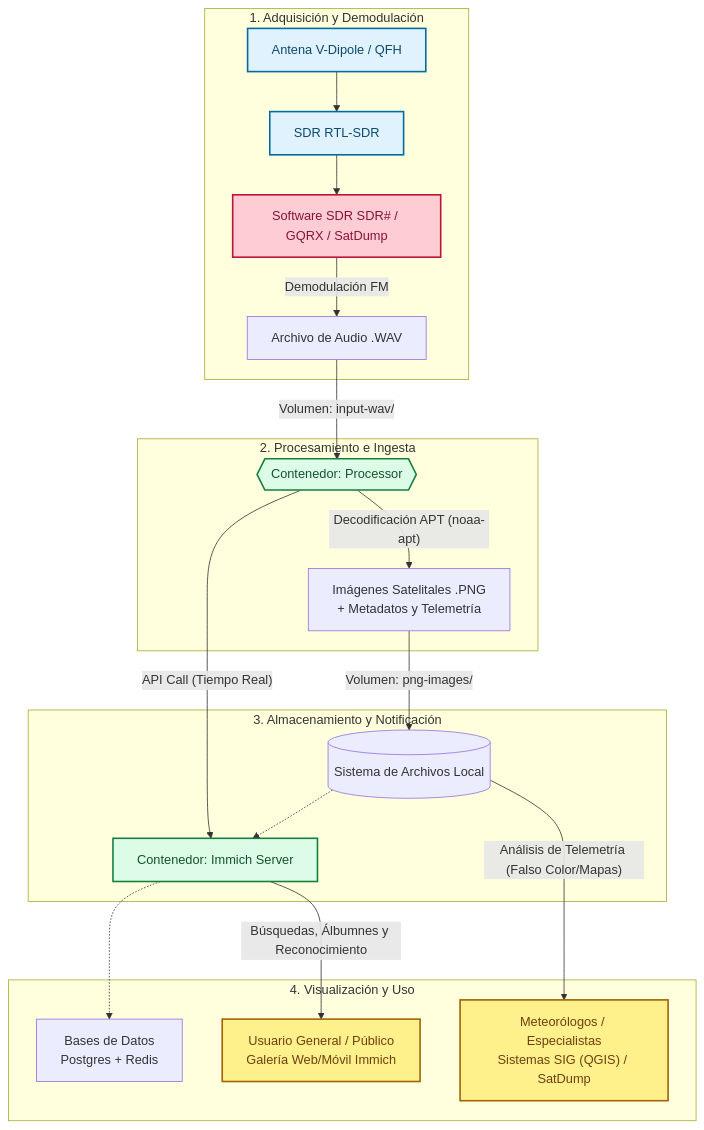
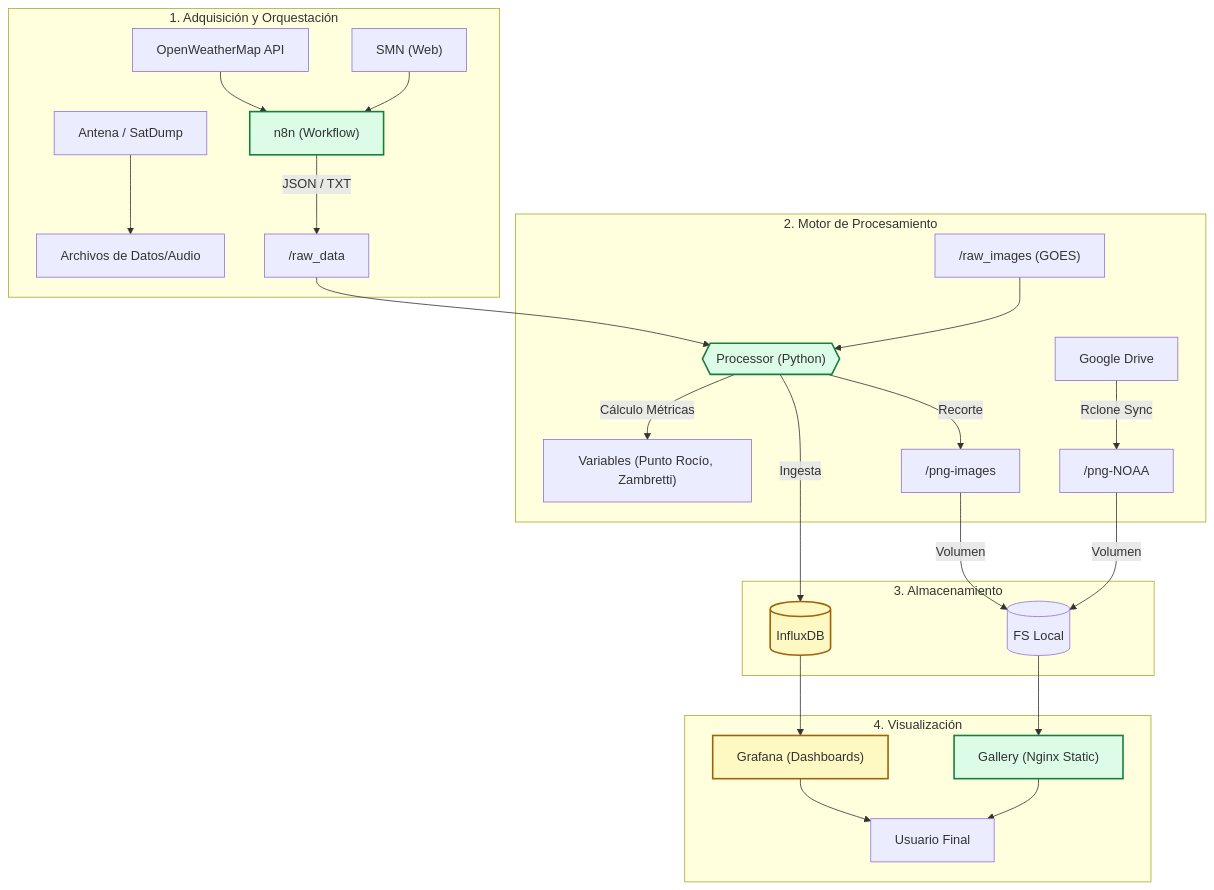
One commit to Valenchu92/PPS_Server changed the diagram in README.md. Above: the diagram before and after it, drawn with Mermaid. The commit also changed other lines of this file and 3 other files, not shown here.

````diff
--- a/README.md
+++ b/README.md
@@ -12,41 +9,42 @@
 ```mermaid
 graph TD
     %% Bloque 1: Adquisición
-    subgraph Adquisición ["1. Adquisición y Demodulación"]
-        A["Antena V-Dipole / QFH"] --> B["SDR RTL-SDR"]
-        B --> C["Software SDR SDR# / GQRX / SatDump"]
-        C --"Demodulación FM"--> D["Archivo de Audio .WAV"]
+    subgraph Adquisicion ["1. Adquisición y Orquestación"]
+        A1["Antena / SatDump"] --> D1["Archivos de Datos/Audio"]
+        A2["OpenWeatherMap API"] --> N8N["n8n (Workflow)"]
+        A3["SMN (Web)"] --> N8N
+        N8N --"JSON / TXT"--> RAW_DATA["/raw_data"]
     end
 
     %% Bloque 2: Procesamiento
-    subgraph Procesamiento ["2. Procesamiento e Ingesta"]
-        D --"Volumen: input-wav/"--> E{{"Contenedor: Processor"}}
-        E --"Decodificación APT (noaa-apt)"--> F["Imágenes Satelitales .PNG<br>+ Metadatos y Telemetría"]
+    subgraph Procesamiento ["2. Motor de Procesamiento"]
+        RAW_DATA --> PROC{{"Processor (Python)"}}
+        RAW_IMG["/raw_images (GOES)"] --> PROC
+        PROC --"Cálculo Métricas"--> METRICS["Variables (Punto Rocío, Zambretti)"]
+        PROC --"Recorte"--> GOES_PNG["/png-images"]
+        DRIVE["Google Drive"] --"Rclone Sync"--> NOAA_PNG["/png-NOAA"]
     end
 
     %% Bloque 3: Almacenamiento
-    subgraph Almacenamiento ["3. Almacenamiento y Notificación"]
-        F --"Volumen: png-images/"--> G[("Sistema de Archivos Local")]
-        E --"API Call (Tiempo Real)"--> H["Contenedor: Immich Server"]
+    subgraph Almacenamiento ["3. Almacenamiento"]
+        PROC --"Ingesta"--> INFLUX[("InfluxDB")]
+        GOES_PNG --"Volumen"--> FS[("FS Local")]
+        NOAA_PNG --"Volumen"--> FS
     end
 
     %% Bloque 4: Visualización
-    subgraph Visualizacion ["4. Visualización y Uso"]
-        G -.-> H
-        H -.-> I["Bases de Datos<br>Postgres + Redis"]
-        H --"Búsquedas, Álbumnes y Reconocimiento"--> J["Usuario General / Público<br>Galería Web/Móvil Immich"]
-        
-        G --"Análisis de Telemetría (Falso Color/Mapas)"--> K["Meteorólogos / Especialistas<br>Sistemas SIG (QGIS) / SatDump"]
+    subgraph Visualizacion ["4. Visualización"]
+        INFLUX --> GRAFANA["Grafana (Dashboards)"]
+        FS --> GALLERY["Gallery (Nginx Static)"]
+        GRAFANA --> USER["Usuario Final"]
+        GALLERY --> USER
     end
 
-    %% Estilos Adicionales
-    classDef hardware fill:#e0f2fe,stroke:#0369a1,stroke-width:2px,color:#0c4a6e;
-    classDef soft fill:#fecdd3,stroke:#be123c,stroke-width:2px,color:#881337;
-    classDef docker fill:#dcfce7,stroke:#15803d,stroke-width:2px,color:#14532d;
-    classDef users fill:#fef08a,stroke:#a16207,stroke-width:2px,color:#713f12;
+    %% Estilos
+    classDef hardware fill:#e0f2fe,stroke:#0369a1,stroke-width:2px;
+    classDef docker fill:#dcfce7,stroke:#15803d,stroke-width:2px;
+    classDef db fill:#fef9c3,stroke:#a16207,stroke-width:2px;
 
-    class A,B hardware;
-    class C soft;
-    class E,H docker;
-    class J,K users;
+    class N8N,PROC,GALLERY docker;
+    class INFLUX,GRAFANA db;
 ```
````
